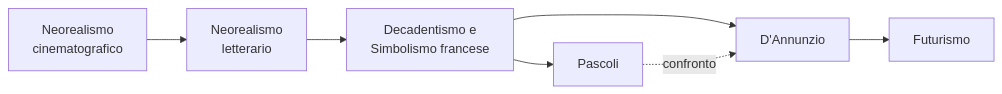
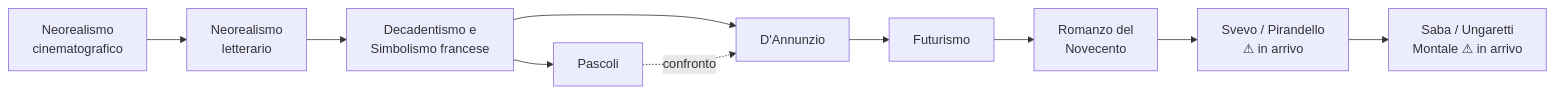
Before and after one commit to riccardo-algorime/appunti-5Bsa: the diagram in italiano-interrogazioni-aprile-DUMP/INDICE.md, drawn with Mermaid. The commit also changed other lines of this file and 9 other files, not shown here.

````diff
--- a/italiano-interrogazioni-aprile-DUMP/INDICE.md
+++ b/italiano-interrogazioni-aprile-DUMP/INDICE.md
@@ -24,9 +24,12 @@
 ```mermaid
 flowchart LR
     A[Neorealismo<br>cinematografico] --> B[Neorealismo<br>letterario]
     B --> C[Decadentismo e<br>Simbolismo francese]
     C --> D[Pascoli]
     C --> E[D'Annunzio]
     D -.->|confronto| E
     E --> F[Futurismo]
+    F --> G[Romanzo del<br>Novecento]
+    G --> H[Svevo / Pirandello<br>⚠ in arrivo]
+    H --> I[Saba / Ungaretti<br>Montale ⚠ in arrivo]
 ```
````
